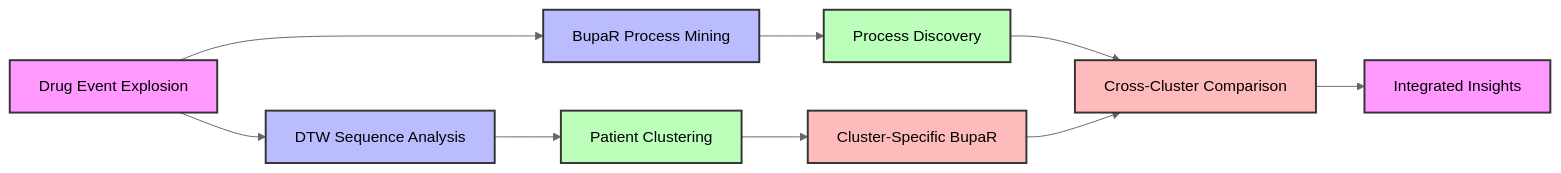
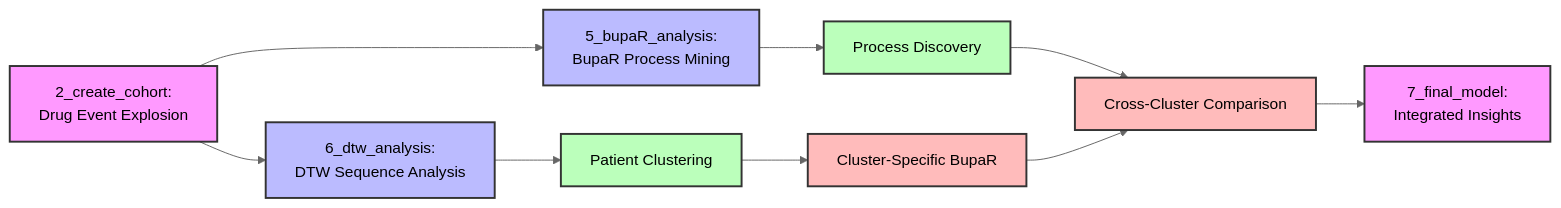
One commit to Jerome3590/pgx-analysis changed the fourth of 7 diagrams in README.md. Above: the diagram before and after it, drawn with Mermaid (neutral theme). The commit also changed other lines of this file and 11 other files, not shown here.

````diff
--- a/README.md
+++ b/README.md
@@ -566,20 +626,20 @@
 ```mermaid
 flowchart LR
-    A[Drug Event Explosion] --> B[DTW Sequence Analysis]
-    A --> C[BupaR Process Mining]
+    A[2_create_cohort:<br/>Drug Event Explosion] --> B[6_dtw_analysis:<br/>DTW Sequence Analysis]
+    A --> C[5_bupaR_analysis:<br/>BupaR Process Mining]
     B --> D[Patient Clustering]
     C --> E[Process Discovery]
     D --> F[Cluster-Specific BupaR]
     E --> G[Cross-Cluster Comparison]
     F --> G
-    G --> H[Integrated Insights]
+    G --> H[7_final_model:<br/>Integrated Insights]
     
     style A fill:#f9f,stroke:#333,stroke-width:2px
     style B fill:#bbf,stroke:#333,stroke-width:2px
     style C fill:#bbf,stroke:#333,stroke-width:2px
     style D fill:#bfb,stroke:#333,stroke-width:2px
     style E fill:#bfb,stroke:#333,stroke-width:2px
     style F fill:#fbb,stroke:#333,stroke-width:2px
     style G fill:#fbb,stroke:#333,stroke-width:2px
     style H fill:#f9f,stroke:#333,stroke-width:2px
 ```
````
